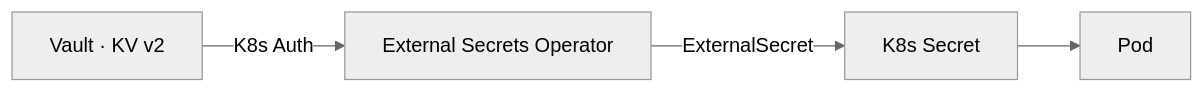
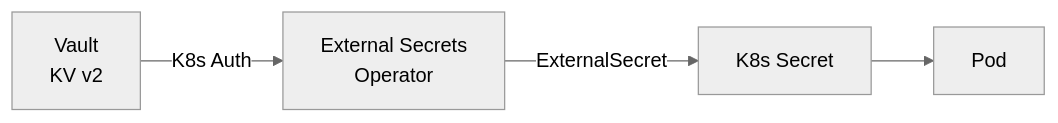
The fourth of 4 diagrams in README.md (gartmeier/notes), drawn with Mermaid (neutral theme) before and after one commit. The commit also changed other lines of this file, not shown here.

Commit message:
Simplify architecture, fix CI/CD and secrets Mermaid diagrams

````diff
--- a/README.md
+++ b/README.md
@@ -119,6 +107,8 @@
 ```mermaid
 graph LR
-    Vault["Vault · KV v2"] -->|K8s Auth| ESO[External Secrets Operator]
-    ESO -->|ExternalSecret| Secret[K8s Secret]
-    Secret --> Workload[Pod]
+    Vault["Vault
+    KV v2"] -- K8s Auth --> ESO["External Secrets
+    Operator"]
+    ESO -- ExternalSecret --> Secret[K8s Secret]
+    Secret --> Pod
 ```
````
